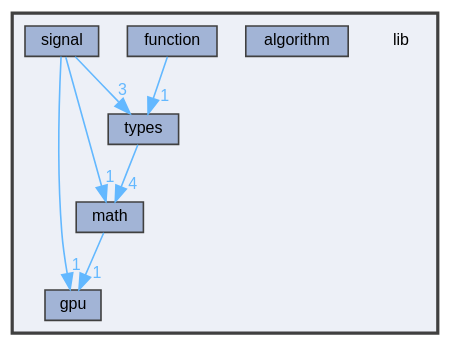
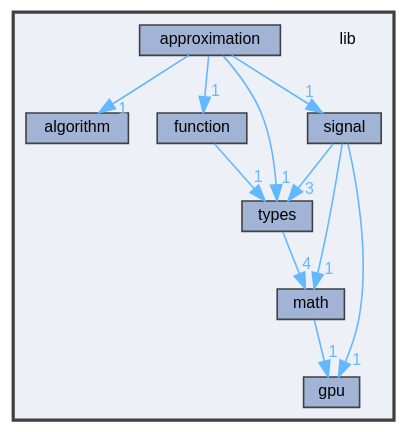
Before and after one commit to pawelekg95/algopp: the diagram in dir_97aefd0d527b934f1d99a682da8fe6a9_dep.dot, drawn with Graphviz. The commit also changed 97 other files, not shown here.

```diff
--- a/dir_97aefd0d527b934f1d99a682da8fe6a9_dep.dot
+++ b/dir_97aefd0d527b934f1d99a682da8fe6a9_dep.dot
@@ -1,24 +1,29 @@
 digraph "lib"
 {
  // LATEX_PDF_SIZE
   bgcolor="transparent";
   edge [fontname=Helvetica,fontsize=10,labelfontname=Helvetica,labelfontsize=10];
   node [fontname=Helvetica,fontsize=10,shape=box,height=0.2,width=0.4];
   compound=true
   subgraph clusterdir_97aefd0d527b934f1d99a682da8fe6a9 {
     graph [ bgcolor="#edf0f7", pencolor="grey25", label="", fontname=Helvetica,fontsize=10 style="filled,bold", URL="dir_97aefd0d527b934f1d99a682da8fe6a9.html",tooltip=""]
     dir_97aefd0d527b934f1d99a682da8fe6a9 [shape=plaintext, label="lib"];
   dir_f5dd86dbd9583e7b6fc3983d3949da68 [label="algorithm", fillcolor="#a2b4d6", color="grey25", style="filled", URL="dir_f5dd86dbd9583e7b6fc3983d3949da68.html",tooltip=""];
+  dir_f4f6abf580949af0987efb2b5288cd6d [label="approximation", fillcolor="#a2b4d6", color="grey25", style="filled", URL="dir_f4f6abf580949af0987efb2b5288cd6d.html",tooltip=""];
   dir_3b39e246e957d89ef5380b11409e8380 [label="function", fillcolor="#a2b4d6", color="grey25", style="filled", URL="dir_3b39e246e957d89ef5380b11409e8380.html",tooltip=""];
   dir_b435b034dd8bd1dd5023912936717b85 [label="gpu", fillcolor="#a2b4d6", color="grey25", style="filled", URL="dir_b435b034dd8bd1dd5023912936717b85.html",tooltip=""];
   dir_a36354df93aef5eec904487b77fa4fab [label="math", fillcolor="#a2b4d6", color="grey25", style="filled", URL="dir_a36354df93aef5eec904487b77fa4fab.html",tooltip=""];
   dir_85595cb542db97c92303133db6d9ba0a [label="signal", fillcolor="#a2b4d6", color="grey25", style="filled", URL="dir_85595cb542db97c92303133db6d9ba0a.html",tooltip=""];
   dir_560694f03ee5bf1136d79e4f1ca1ca37 [label="types", fillcolor="#a2b4d6", color="grey25", style="filled", URL="dir_560694f03ee5bf1136d79e4f1ca1ca37.html",tooltip=""];
   }
-  dir_3b39e246e957d89ef5380b11409e8380->dir_560694f03ee5bf1136d79e4f1ca1ca37 [headlabel="1", labeldistance=1.5 headhref="dir_000008_000024.html" color="steelblue1" fontcolor="steelblue1"];
-  dir_a36354df93aef5eec904487b77fa4fab->dir_b435b034dd8bd1dd5023912936717b85 [headlabel="1", labeldistance=1.5 headhref="dir_000019_000010.html" color="steelblue1" fontcolor="steelblue1"];
-  dir_85595cb542db97c92303133db6d9ba0a->dir_a36354df93aef5eec904487b77fa4fab [headlabel="1", labeldistance=1.5 headhref="dir_000021_000019.html" color="steelblue1" fontcolor="steelblue1"];
-  dir_85595cb542db97c92303133db6d9ba0a->dir_b435b034dd8bd1dd5023912936717b85 [headlabel="1", labeldistance=1.5 headhref="dir_000021_000010.html" color="steelblue1" fontcolor="steelblue1"];
-  dir_85595cb542db97c92303133db6d9ba0a->dir_560694f03ee5bf1136d79e4f1ca1ca37 [headlabel="3", labeldistance=1.5 headhref="dir_000021_000024.html" color="steelblue1" fontcolor="steelblue1"];
-  dir_560694f03ee5bf1136d79e4f1ca1ca37->dir_a36354df93aef5eec904487b77fa4fab [headlabel="4", labeldistance=1.5 headhref="dir_000024_000019.html" color="steelblue1" fontcolor="steelblue1"];
+  dir_f4f6abf580949af0987efb2b5288cd6d->dir_560694f03ee5bf1136d79e4f1ca1ca37 [headlabel="1", labeldistance=1.5 headhref="dir_000002_000028.html" color="steelblue1" fontcolor="steelblue1"];
+  dir_f4f6abf580949af0987efb2b5288cd6d->dir_f5dd86dbd9583e7b6fc3983d3949da68 [headlabel="1", labeldistance=1.5 headhref="dir_000002_000000.html" color="steelblue1" fontcolor="steelblue1"];
+  dir_f4f6abf580949af0987efb2b5288cd6d->dir_85595cb542db97c92303133db6d9ba0a [headlabel="1", labeldistance=1.5 headhref="dir_000002_000025.html" color="steelblue1" fontcolor="steelblue1"];
+  dir_f4f6abf580949af0987efb2b5288cd6d->dir_3b39e246e957d89ef5380b11409e8380 [headlabel="1", labeldistance=1.5 headhref="dir_000002_000011.html" color="steelblue1" fontcolor="steelblue1"];
+  dir_3b39e246e957d89ef5380b11409e8380->dir_560694f03ee5bf1136d79e4f1ca1ca37 [headlabel="1", labeldistance=1.5 headhref="dir_000011_000028.html" color="steelblue1" fontcolor="steelblue1"];
+  dir_a36354df93aef5eec904487b77fa4fab->dir_b435b034dd8bd1dd5023912936717b85 [headlabel="1", labeldistance=1.5 headhref="dir_000023_000013.html" color="steelblue1" fontcolor="steelblue1"];
+  dir_85595cb542db97c92303133db6d9ba0a->dir_a36354df93aef5eec904487b77fa4fab [headlabel="1", labeldistance=1.5 headhref="dir_000025_000023.html" color="steelblue1" fontcolor="steelblue1"];
+  dir_85595cb542db97c92303133db6d9ba0a->dir_b435b034dd8bd1dd5023912936717b85 [headlabel="1", labeldistance=1.5 headhref="dir_000025_000013.html" color="steelblue1" fontcolor="steelblue1"];
+  dir_85595cb542db97c92303133db6d9ba0a->dir_560694f03ee5bf1136d79e4f1ca1ca37 [headlabel="3", labeldistance=1.5 headhref="dir_000025_000028.html" color="steelblue1" fontcolor="steelblue1"];
+  dir_560694f03ee5bf1136d79e4f1ca1ca37->dir_a36354df93aef5eec904487b77fa4fab [headlabel="4", labeldistance=1.5 headhref="dir_000028_000023.html" color="steelblue1" fontcolor="steelblue1"];
 }
```
